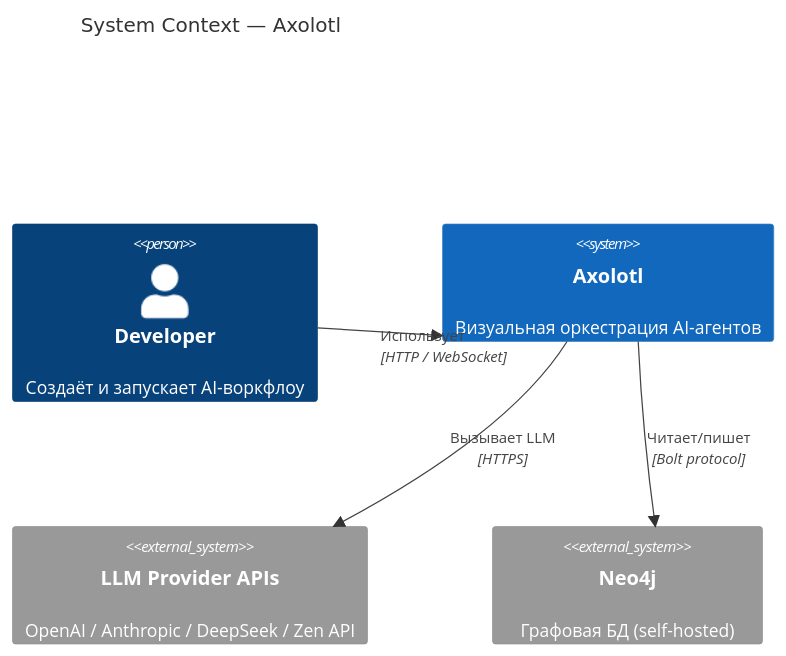
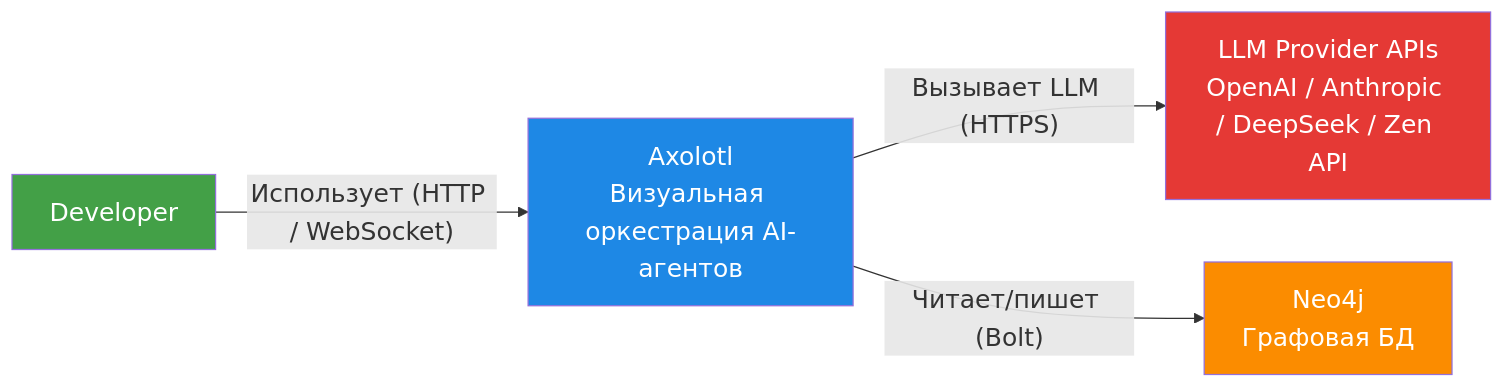
The diagram in docs/ru/architecture.md (mechtar-ru/Axolotl), drawn with Mermaid before and after one commit. The commit also changed 7 other files, not shown here.

First line of the commit message:
docs: add horizontal scroll for Mermaid C4 diagrams

````diff
--- a/docs/ru/architecture.md
+++ b/docs/ru/architecture.md
@@ -10,13 +10,17 @@
 ```mermaid
-C4Context
-  title System Context — Axolotl
+%%{init: {"flowchart": {"useMaxWidth": false}, "themeVariables": {"fontSize": "20px"}}}%%
+flowchart LR
+    Developer["Developer"]
+    Axolotl["Axolotl<br/>Визуальная оркестрация AI-агентов"]
+    LLM["LLM Provider APIs<br/>OpenAI / Anthropic / DeepSeek / Zen API"]
+    Neo4j["Neo4j<br/>Графовая БД"]
 
-  Person(developer, "Developer", "Создаёт и запускает AI-воркфлоу")
-  System(axolotl, "Axolotl", "Визуальная оркестрация AI-агентов")
-  System_Ext(providers, "LLM Provider APIs", "OpenAI / Anthropic / DeepSeek / Zen API")
-  System_Ext(neo4j, "Neo4j", "Графовая БД (self-hosted)")
+    Developer -- "Использует (HTTP / WebSocket)" --> Axolotl
+    Axolotl -- "Вызывает LLM (HTTPS)" --> LLM
+    Axolotl -- "Читает/пишет (Bolt)" --> Neo4j
 
-  Rel(developer, axolotl, "Использует", "HTTP / WebSocket")
-  Rel(axolotl, providers, "Вызывает LLM", "HTTPS")
-  Rel(axolotl, neo4j, "Читает/пишет", "Bolt protocol")
+    style Axolotl fill:#1e88e5,color:#fff
+    style Developer fill:#43a047,color:#fff
+    style LLM fill:#e53935,color:#fff
+    style Neo4j fill:#fb8c00,color:#fff
 ```
````
